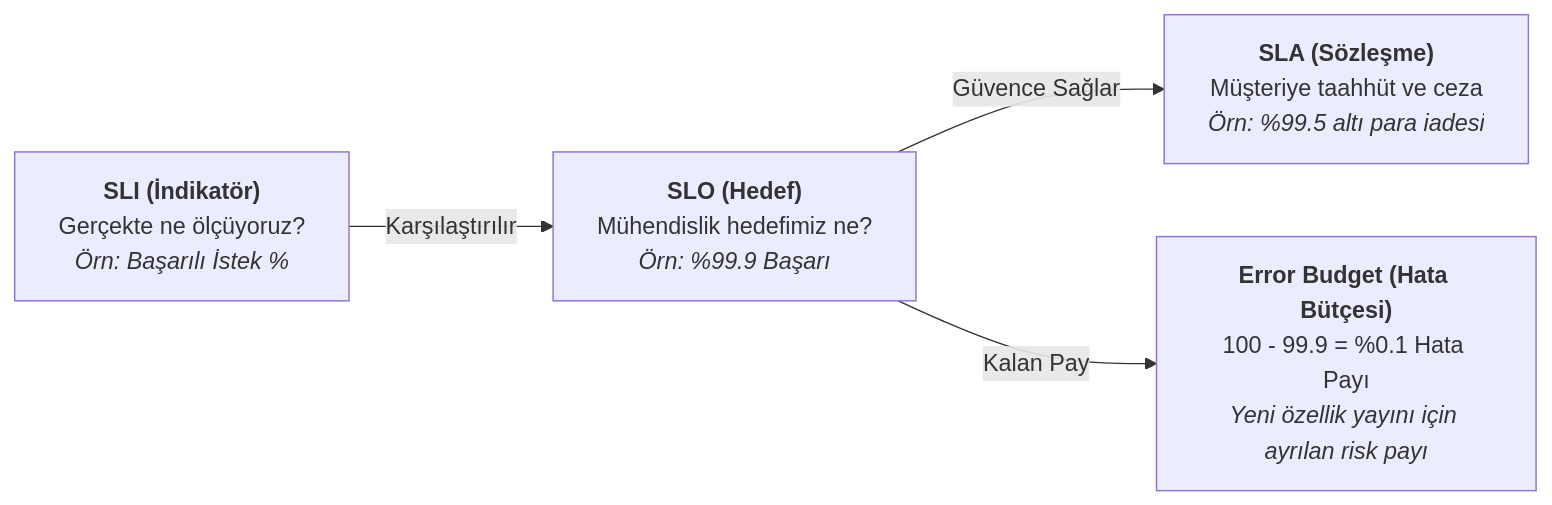
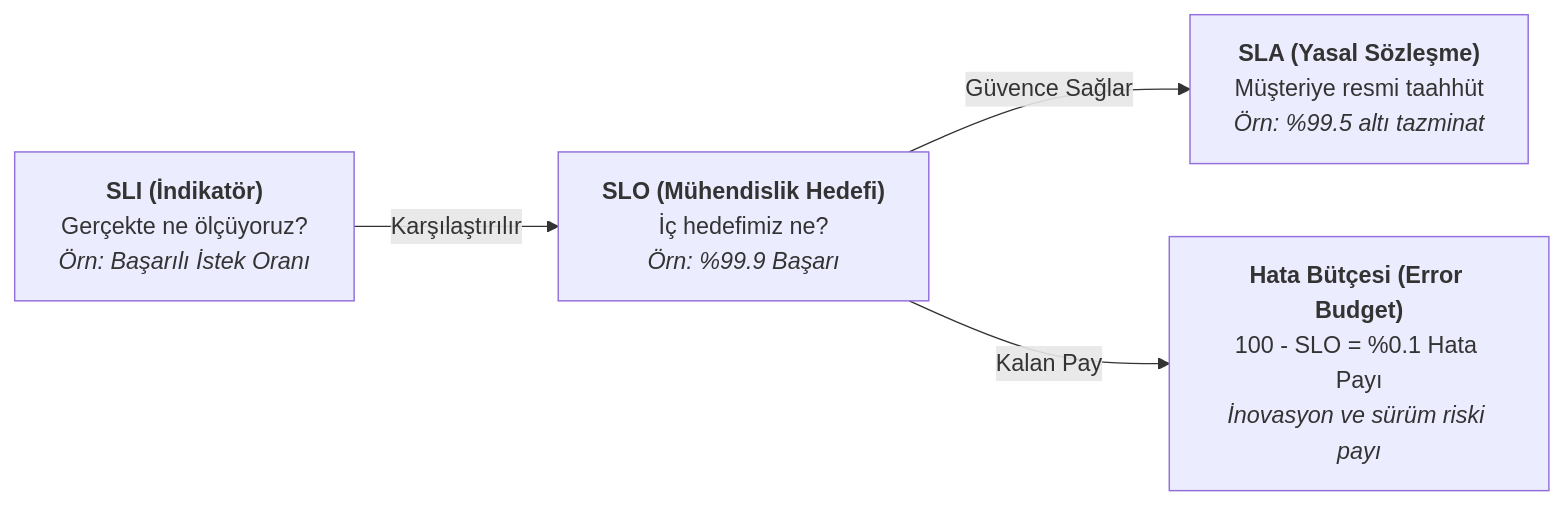
Before and after one commit to devopsatolyesi-labs/novashop: the second of 2 diagrams in labs/LAB-11/README.md, drawn with Mermaid. The commit also changed other lines of this file and 16 other files, not shown here.

````diff
--- a/labs/LAB-11/README.md
+++ b/labs/LAB-11/README.md
@@ -359,6 +141,6 @@
 ```mermaid
 flowchart LR
-    SLI["<b>SLI (İndikatör)</b><br/>Gerçekte ne ölçüyoruz?<br/><i>Örn: Başarılı İstek %</i>"] -->|Karşılaştırılır| SLO["<b>SLO (Hedef)</b><br/>Mühendislik hedefimiz ne?<br/><i>Örn: %99.9 Başarı</i>"]
-    SLO -->|Güvence Sağlar| SLA["<b>SLA (Sözleşme)</b><br/>Müşteriye taahhüt ve ceza<br/><i>Örn: %99.5 altı para iadesi</i>"]
-    SLO -->|Kalan Pay| EB["<b>Error Budget (Hata Bütçesi)</b><br/>100 - 99.9 = %0.1 Hata Payı<br/><i>Yeni özellik yayını için ayrılan risk payı</i>"]
+    SLI["<b>SLI (İndikatör)</b><br/>Gerçekte ne ölçüyoruz?<br/><i>Örn: Başarılı İstek Oranı</i>"] -->|Karşılaştırılır| SLO["<b>SLO (Mühendislik Hedefi)</b><br/>İç hedefimiz ne?<br/><i>Örn: %99.9 Başarı</i>"]
+    SLO -->|Güvence Sağlar| SLA["<b>SLA (Yasal Sözleşme)</b><br/>Müşteriye resmi taahhüt<br/><i>Örn: %99.5 altı tazminat</i>"]
+    SLO -->|Kalan Pay| EB["<b>Hata Bütçesi (Error Budget)</b><br/>100 - SLO = %0.1 Hata Payı<br/><i>İnovasyon ve sürüm riski payı</i>"]
 ```
````
